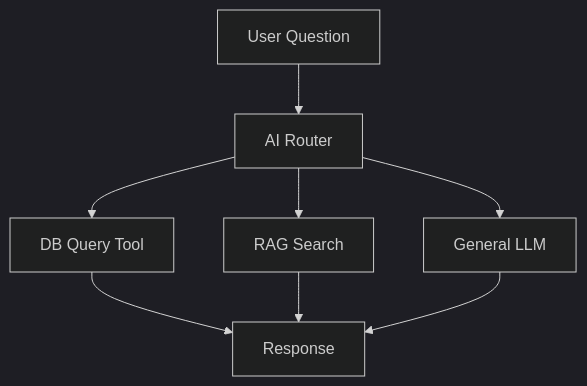
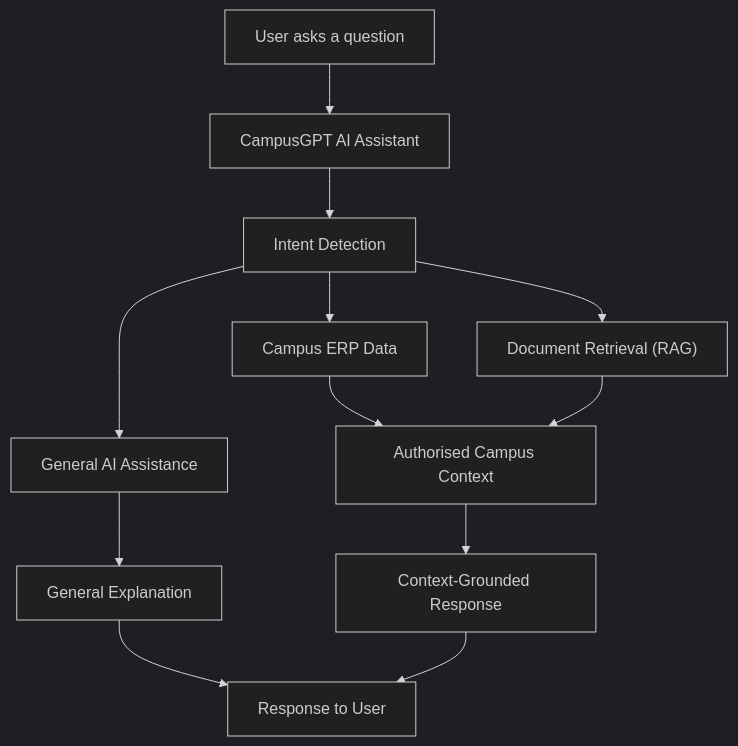
The first of 2 diagrams in README.md (IshanWankhede/CampusGPT), drawn with Mermaid (dark theme) before and after one commit. The commit also changed other lines of this file and 7 other files, not shown here.

Commit message:
Added More Features to CampusGPT

````diff
--- a/README.md
+++ b/README.md
@@ -103,10 +229,14 @@
 ```mermaid
 flowchart TD
-    A[User Question] --> B[AI Router]
-    B --> C[DB Query Tool]
-    B --> D[RAG Search]
-    B --> E[General LLM]
-    C --> F[Response]
-    D --> F
-    E --> F
+    A["User asks a question"] --> B["CampusGPT AI Assistant"]
+    B --> C["Intent Detection"]
+    C --> D["Campus ERP Data"]
+    C --> E["Document Retrieval (RAG)"]
+    C --> F["General AI Assistance"]
+    D --> G["Authorised Campus Context"]
+    E --> G
+    F --> H["General Explanation"]
+    G --> I["Context-Grounded Response"]
+    H --> J["Response to User"]
+    I --> J
 ```
````
